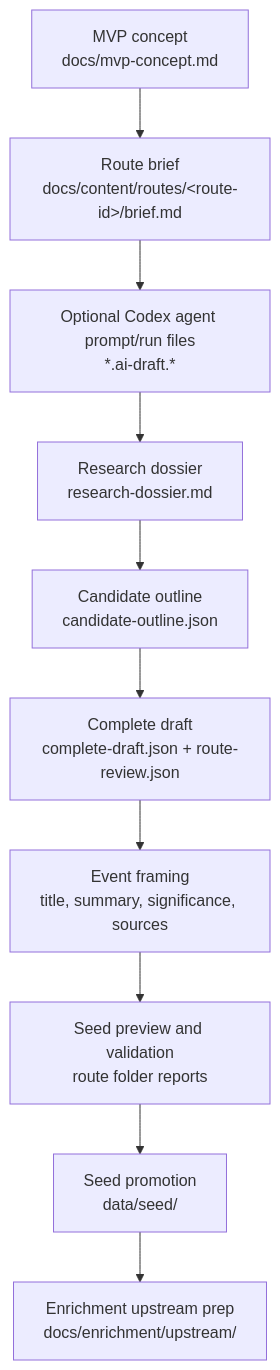
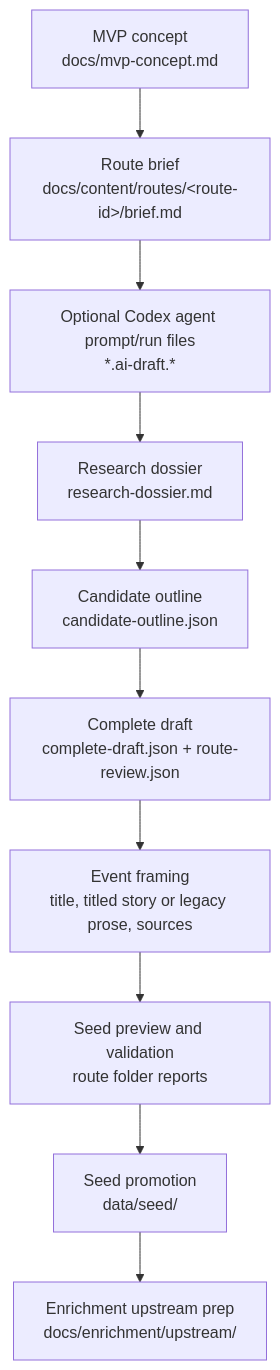
Before and after one commit to gititinyoursoul/soundatlas: the diagram in docs/content/editorial-workflow.md, drawn with Mermaid. The commit also changed other lines of this file and 36 other files, not shown here.

First line of the commit message:
feat(content): support titled event story sections

````diff
--- a/docs/content/editorial-workflow.md
+++ b/docs/content/editorial-workflow.md
@@ -52,12 +53,12 @@
 ```mermaid
 flowchart TD
   A["MVP concept<br/>docs/mvp-concept.md"] --> B["Route brief<br/>docs/content/routes/&lt;route-id&gt;/brief.md"]
   B --> I["Optional Codex agent prompt/run files<br/>*.ai-draft.*"]
   I --> C["Research dossier<br/>research-dossier.md"]
   C --> D["Candidate outline<br/>candidate-outline.json"]
   D --> K["Complete draft<br/>complete-draft.json + route-review.json"]
-  K --> E["Event framing<br/>title, summary, significance, sources"]
+  K --> E["Event framing<br/>title, titled story or legacy prose, sources"]
   E --> H["Seed preview and validation<br/>route folder reports"]
   H --> F["Seed promotion<br/>data/seed/"]
   F --> G["Enrichment upstream prep<br/>docs/enrichment/upstream/"]
 ```
````
